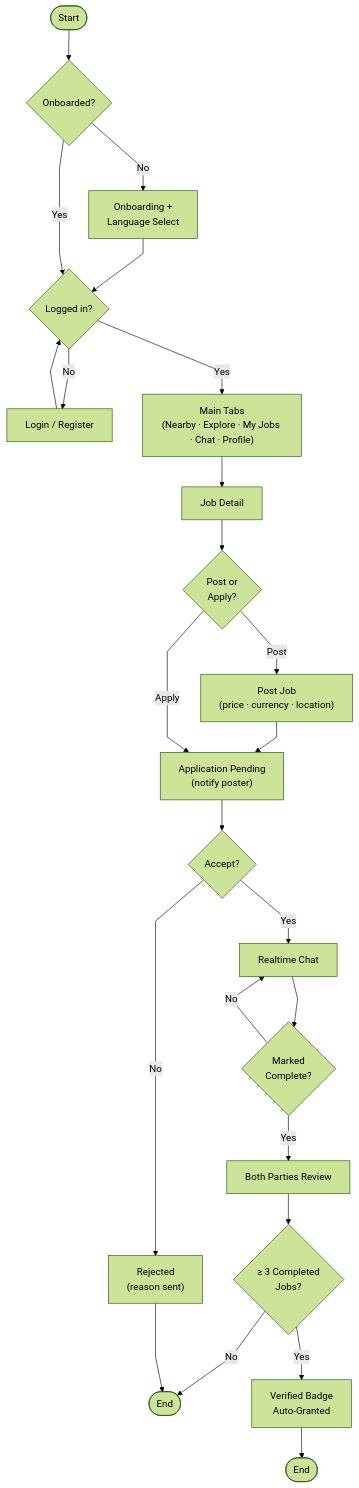
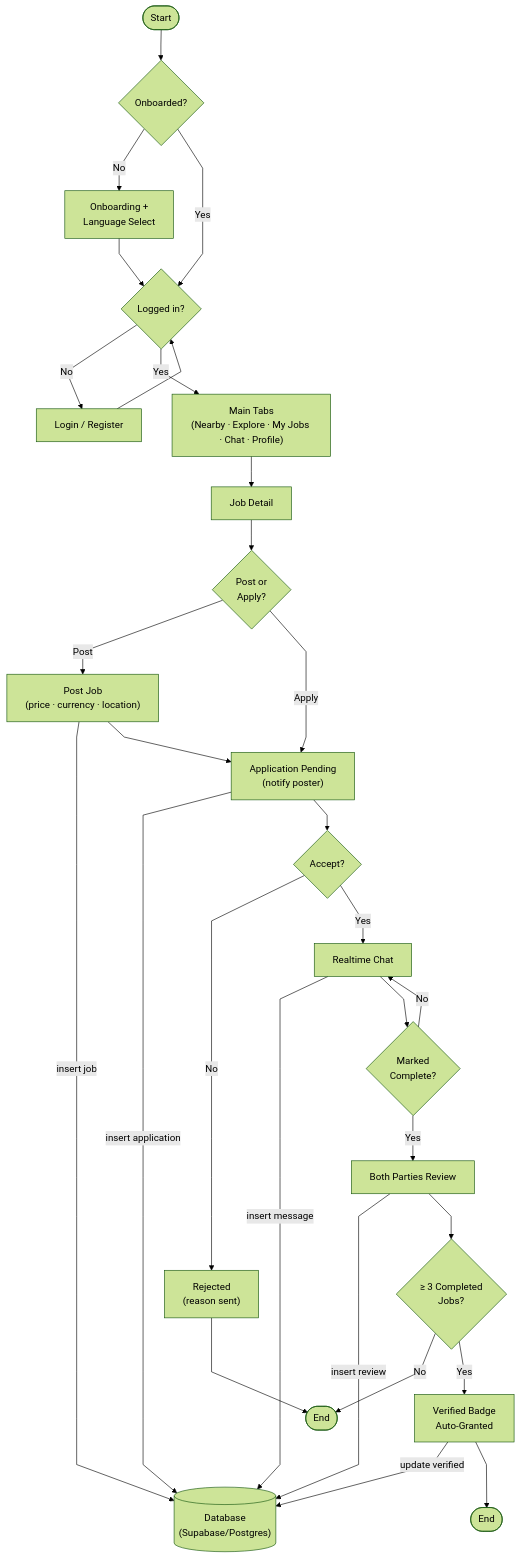
The first of 9 diagrams in DIAGRAMS.md (phyothant-dev/loc-jobs), drawn with Mermaid (forest theme) before and after one commit. The commit also changed other lines of this file and 1 other file, not shown here.

Commit message:
docs: add database cylinder to flowchart and cardinality to class diagram

````diff
--- a/DIAGRAMS.md
+++ b/DIAGRAMS.md
@@ -17,27 +17,32 @@
 ```mermaid
 %%{init: {"flowchart": {"curve": "linear"}}}%%
 flowchart TB
     Start(["Start"]) --> Onb{"Onboarded?"}
     Onb -- No --> Intro["Onboarding +<br/>Language Select"]
     Intro --> Auth{"Logged in?"}
     Onb -- Yes --> Auth
     Auth -- No --> Login["Login / Register"]
     Login --> Auth
     Auth -- Yes --> Tabs["Main Tabs<br/>(Nearby · Explore · My Jobs · Chat · Profile)"]
     Tabs --> Detail["Job Detail"]
     Detail --> Post{"Post or<br/>Apply?"}
     Post -- Post --> PostJob["Post Job<br/>(price · currency · location)"]
+    PostJob -->|insert job| DB[("Database<br/>(Supabase/Postgres)")]
     PostJob --> Pending["Application Pending<br/>(notify poster)"]
     Post -- Apply --> Pending
+    Pending -->|insert application| DB
     Pending --> Decide{"Accept?"}
     Decide -- No --> Reject["Rejected<br/>(reason sent)"]
     Decide -- Yes --> Chat["Realtime Chat"]
+    Chat -->|insert message| DB
     Chat --> Comp{"Marked<br/>Complete?"}
     Comp -- No --> Chat
     Comp -- Yes --> Review["Both Parties Review"]
+    Review -->|insert review| DB
     Review --> Badge{"≥ 3 Completed<br/>Jobs?"}
     Badge -- No --> End1(["End"])
     Badge -- Yes --> Verified["Verified Badge<br/>Auto-Granted"]
+    Verified -->|update verified| DB
     Verified --> End2(["End"])
     Reject --> End1
 ```
````
